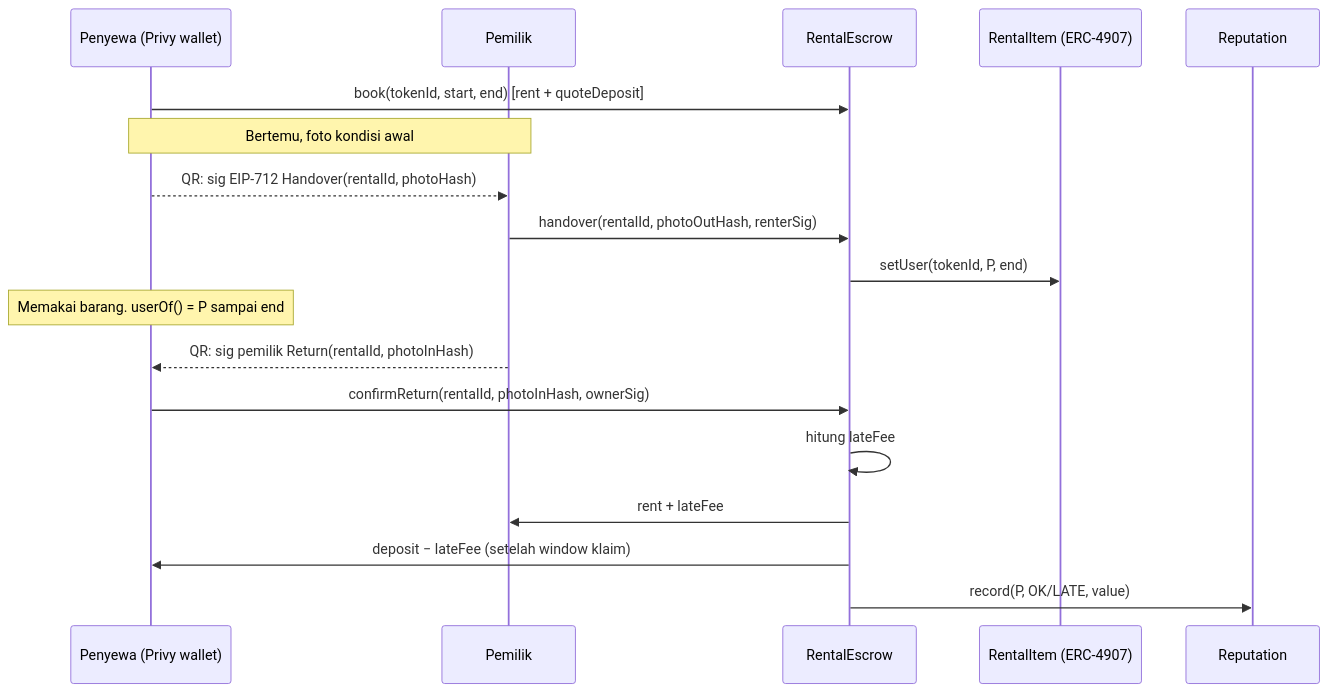
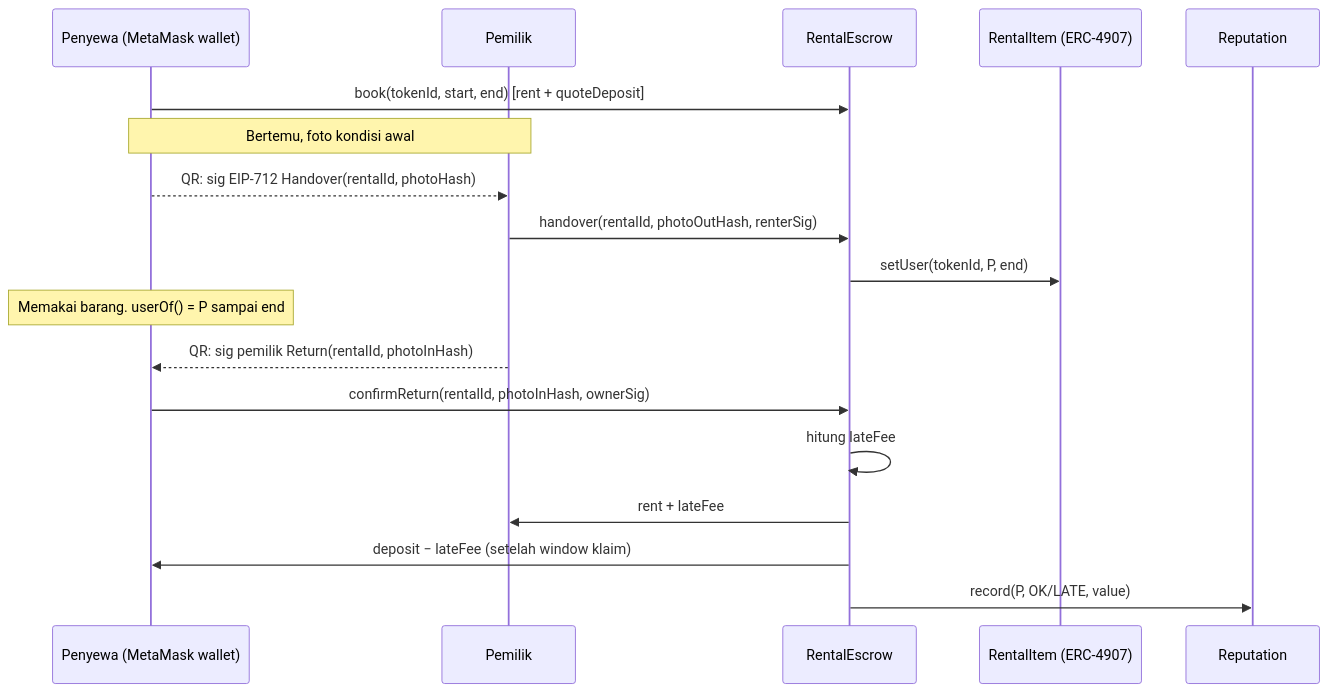
The second of 2 diagrams in docs/PLAN.md (Kurisu-Labs/rentra), drawn with Mermaid before and after one commit. The commit also changed other lines of this file and 22 other files, not shown here.

Commit message:
feat(wallet): replace Privy with RainbowKit and MetaMask

````diff
--- a/docs/PLAN.md
+++ b/docs/PLAN.md
@@ -135,20 +135,20 @@
 ```mermaid
 sequenceDiagram
-    participant P as Penyewa (Privy wallet)
+    participant P as Penyewa (MetaMask wallet)
     participant O as Pemilik
     participant E as RentalEscrow
     participant N as RentalItem (ERC-4907)
     participant R as Reputation
     P->>E: book(tokenId, start, end) [rent + quoteDeposit]
     Note over O,P: Bertemu, foto kondisi awal
     P-->>O: QR: sig EIP-712 Handover(rentalId, photoHash)
     O->>E: handover(rentalId, photoOutHash, renterSig)
     E->>N: setUser(tokenId, P, end)
     Note over P: Memakai barang. userOf() = P sampai end
     O-->>P: QR: sig pemilik Return(rentalId, photoInHash)
     P->>E: confirmReturn(rentalId, photoInHash, ownerSig)
     E->>E: hitung lateFee
     E->>O: rent + lateFee
     E->>P: deposit − lateFee (setelah window klaim)
     E->>R: record(P, OK/LATE, value)
 ```
````
